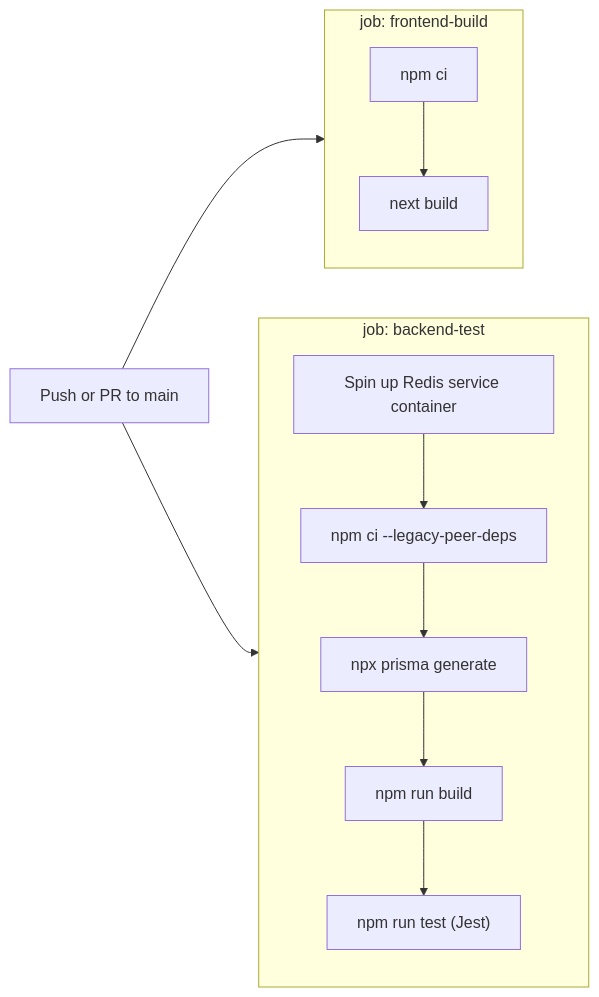
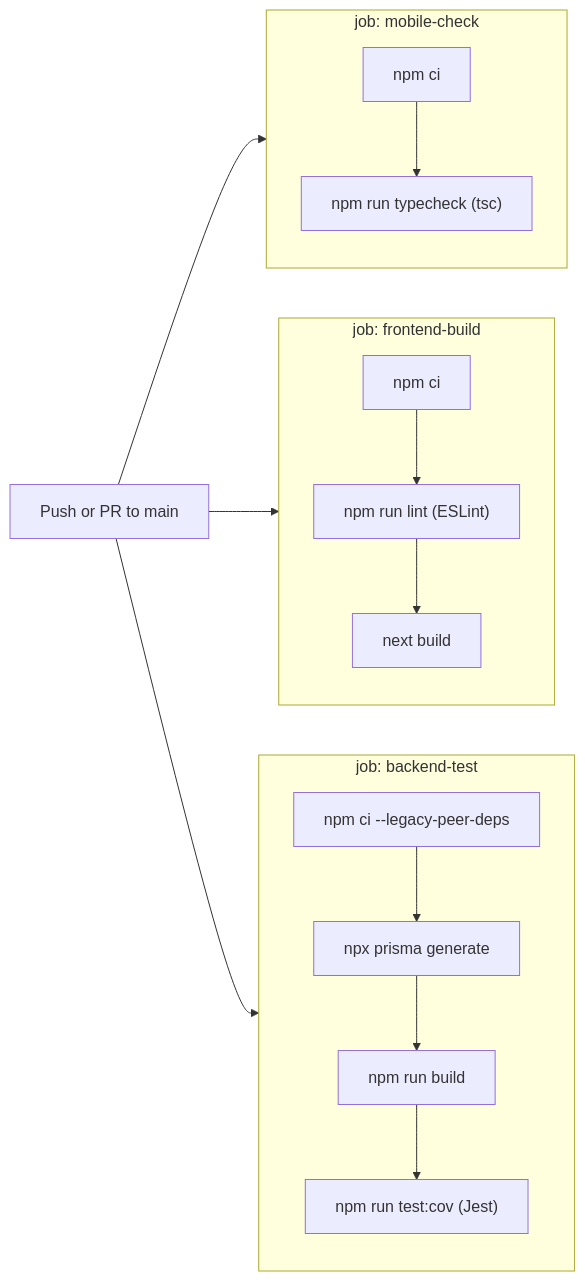
Before and after one commit to kiet08hogit/Orbit: diagram 14 of 14 in README.md, drawn with Mermaid. The commit also changed other lines of this file and 1 other file, not shown here.

Commit message:
ci: add web lint and mobile typecheck, drop real secrets from backend tests

````diff
--- a/README.md
+++ b/README.md
@@ -849,20 +832,26 @@
 ```mermaid
 flowchart LR
     Push["Push or PR to main"]
 
     subgraph BE["job: backend-test"]
         direction TB
-        B1["Spin up Redis service container"] --> B2["npm ci --legacy-peer-deps"]
-        B2 --> B3["npx prisma generate"]
-        B3 --> B4["npm run build"]
-        B4 --> B5["npm run test (Jest)"]
+        B1["npm ci --legacy-peer-deps"] --> B2["npx prisma generate"]
+        B2 --> B3["npm run build"]
+        B3 --> B4["npm run test:cov (Jest)"]
     end
 
     subgraph FE["job: frontend-build"]
         direction TB
-        F1["npm ci"] --> F2["next build"]
+        F1["npm ci"] --> F2["npm run lint (ESLint)"]
+        F2 --> F3["next build"]
+    end
+
+    subgraph MO["job: mobile-check"]
+        direction TB
+        M1["npm ci"] --> M2["npm run typecheck (tsc)"]
     end
 
     Push --> B1
     Push --> F1
+    Push --> M1
 ```
````
